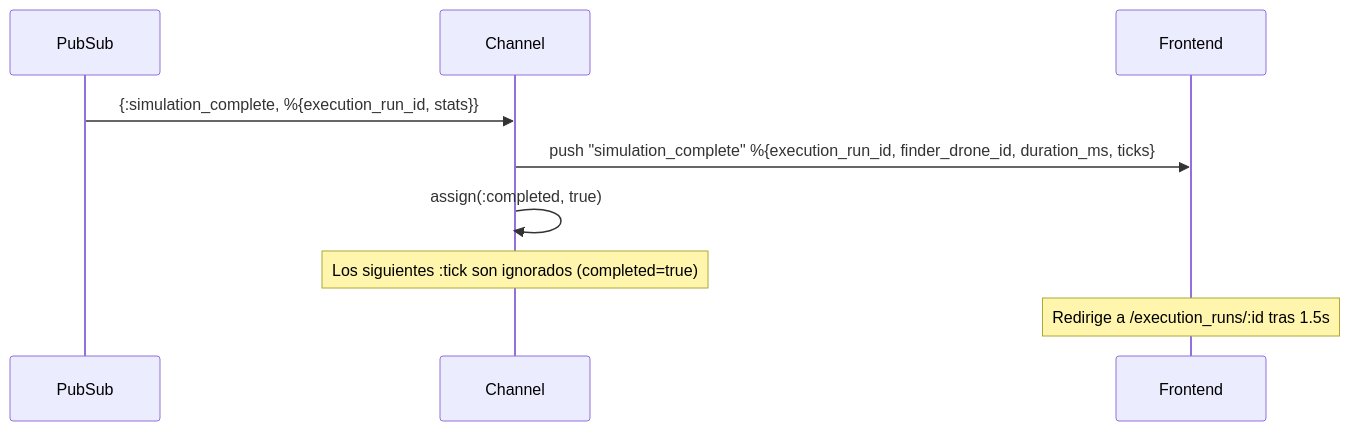
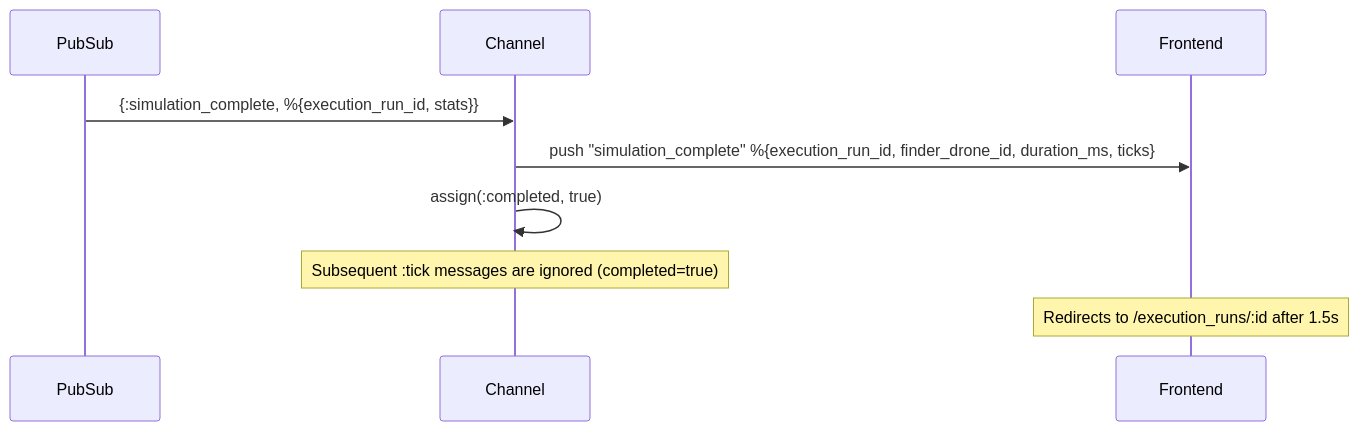
Before and after one commit to FLAGlab/Elixir-Swarm-Simulator: the third of 3 diagrams in docs/web/channels.md, drawn with Mermaid. The commit also changed other lines of this file and 40 other files, not shown here.

````diff
--- a/docs/web/channels.md
+++ b/docs/web/channels.md
@@ -110,12 +110,12 @@
 ```mermaid
 sequenceDiagram
     participant PS as PubSub
     participant Ch as Channel
     participant JS as Frontend
 
     PS->>Ch: {:simulation_complete, %{execution_run_id, stats}}
     Ch->>JS: push "simulation_complete" %{execution_run_id, finder_drone_id, duration_ms, ticks}
     Ch->>Ch: assign(:completed, true)
-    Note over Ch: Los siguientes :tick son ignorados (completed=true)
-    Note over JS: Redirige a /execution_runs/:id tras 1.5s
+    Note over Ch: Subsequent :tick messages are ignored (completed=true)
+    Note over JS: Redirects to /execution_runs/:id after 1.5s
 ```
````
